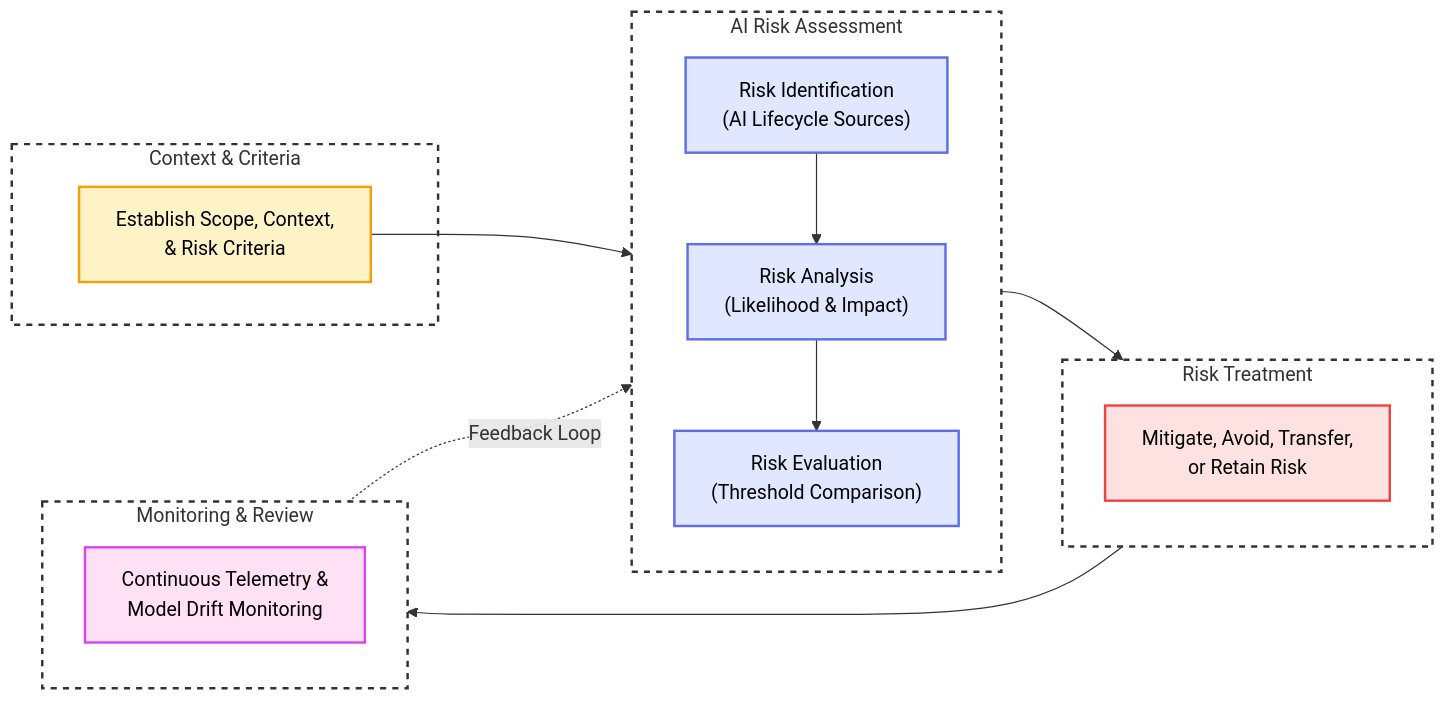
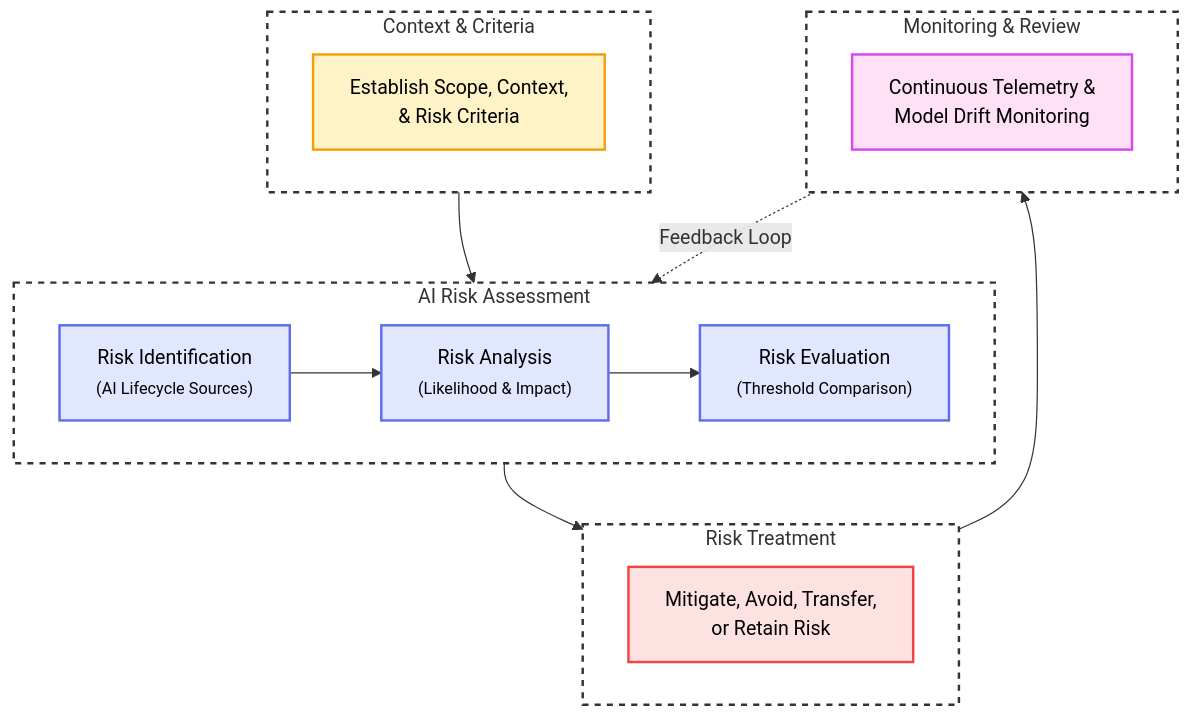
The diagram in docs/threat_vulnerability_risk/iso_iec_23894_2023.md (felipepenha/gurple), drawn with Mermaid before and after one commit. The commit also changed 3 other files, not shown here.

Commit message:
style(tvr): standardize mermaid diagrams and font styling

````diff
--- a/docs/threat_vulnerability_risk/iso_iec_23894_2023.md
+++ b/docs/threat_vulnerability_risk/iso_iec_23894_2023.md
@@ -16,41 +16,38 @@
 ```mermaid
-flowchart LR
+flowchart TD
     subgraph dashed_box_context ["Context & Criteria"]
-        Scope["Establish Scope, Context,<br />& Risk Criteria"]
+        Scope["<span style='color:#000'>Establish Scope, Context,<br />& Risk Criteria</span>"]
     end
     subgraph dashed_box_assessment ["AI Risk Assessment"]
-        Identify["Risk Identification<br />(AI Lifecycle Sources)"]
-        Analyze["Risk Analysis<br />(Likelihood & Impact)"]
-        Evaluate["Risk Evaluation<br />(Threshold Comparison)"]
+        Identify["<span style='color:#000'>Risk Identification</span><br /><small style='color:#000'>(AI Lifecycle Sources)</small>"]
+        Analyze["<span style='color:#000'>Risk Analysis</span><br /><small style='color:#000'>(Likelihood & Impact)</small>"]
+        Evaluate["<span style='color:#000'>Risk Evaluation</span><br /><small style='color:#000'>(Threshold Comparison)</small>"]
         Identify --> Analyze --> Evaluate
     end
     subgraph dashed_box_treatment ["Risk Treatment"]
-        Action["Mitigate, Avoid, Transfer,<br />or Retain Risk"]
+        Action["<span style='color:#000'>Mitigate, Avoid, Transfer,<br />or Retain Risk</span>"]
     end
     subgraph dashed_box_telemetry ["Monitoring & Review"]
-        Monitor["Continuous Telemetry &<br />Model Drift Monitoring"]
+        Monitor["<span style='color:#000'>Continuous Telemetry &<br />Model Drift Monitoring</span>"]
     end
 
-    Scope --> dashed_box_assessment
+    dashed_box_context --> dashed_box_assessment
     dashed_box_assessment --> dashed_box_treatment
     dashed_box_treatment --> dashed_box_telemetry
     dashed_box_telemetry -.->|"Feedback Loop"| dashed_box_assessment
 
     classDef red fill:#fee2e2,stroke:#ef4444,stroke-width:2px,color:#000;
     classDef yellow fill:#fef3c7,stroke:#f59e0b,stroke-width:2px,color:#000;
     classDef blue fill:#e0e7ff,stroke:#5f6de9,stroke-width:2px,color:#000;
     classDef purple fill:#ffe1f5,stroke:#d946ef,stroke-width:2px,color:#000;
 
     class Scope yellow;
     class Identify,Analyze,Evaluate blue;
     class Action red;
     class Monitor purple;
 
     style dashed_box_context stroke-dasharray: 5 5, fill:none,stroke:#333,stroke-width:2px;
-
     style dashed_box_assessment stroke-dasharray: 5 5, fill:none,stroke:#333,stroke-width:2px;
-
     style dashed_box_treatment stroke-dasharray: 5 5, fill:none,stroke:#333,stroke-width:2px;
-
     style dashed_box_telemetry stroke-dasharray: 5 5, fill:none,stroke:#333,stroke-width:2px;
 ```
````
